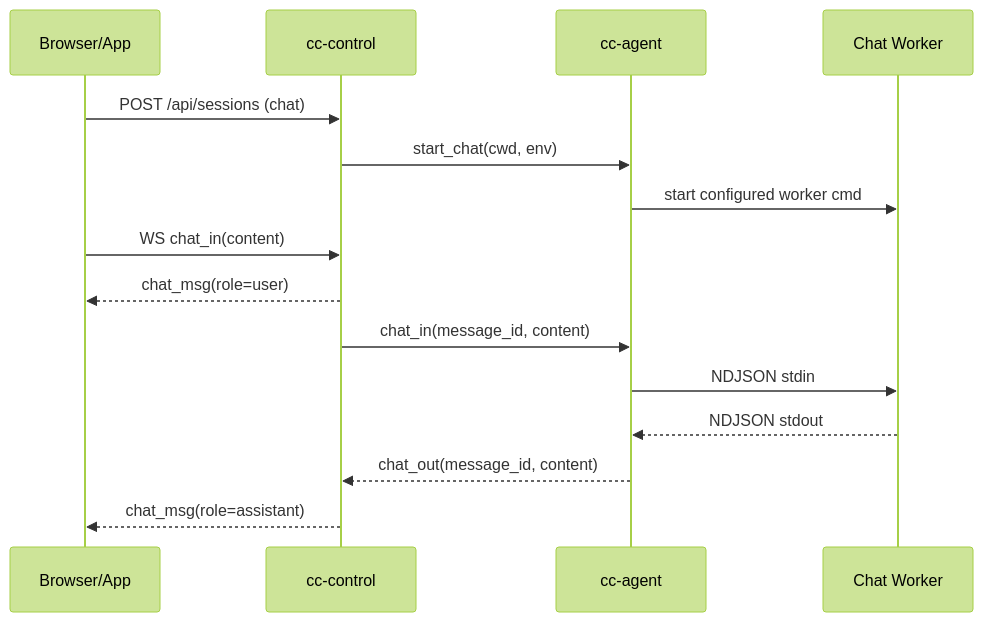
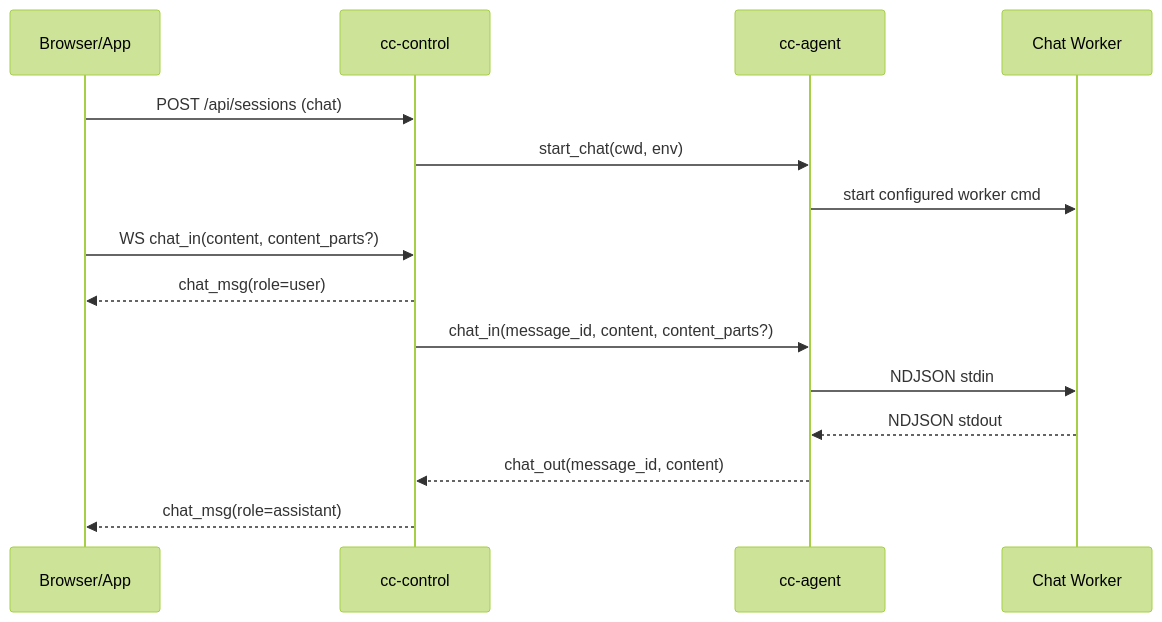
One commit to xuzhougeng/agent-control changed the third of 5 diagrams in docs/architecture.md. Above: the diagram before and after it, drawn with Mermaid (forest theme). The commit also changed 1 other file, not shown here.

Commit message:
docs: update API and architecture documentation to reflect new chat message structure with optional content parts for text and images

````diff
--- a/docs/architecture.md
+++ b/docs/architecture.md
@@ -130,18 +130,18 @@
 ```mermaid
 sequenceDiagram
     participant UI as Browser/App
     participant CP as cc-control
     participant Agent as cc-agent
     participant Worker as Chat Worker
 
     UI->>CP: POST /api/sessions (chat)
     CP->>Agent: start_chat(cwd, env)
     Agent->>Worker: start configured worker cmd
-    UI->>CP: WS chat_in(content)
+    UI->>CP: WS chat_in(content, content_parts?)
     CP-->>UI: chat_msg(role=user)
-    CP->>Agent: chat_in(message_id, content)
+    CP->>Agent: chat_in(message_id, content, content_parts?)
     Agent->>Worker: NDJSON stdin
     Worker-->>Agent: NDJSON stdout
     Agent-->>CP: chat_out(message_id, content)
     CP-->>UI: chat_msg(role=assistant)
 ```
````
